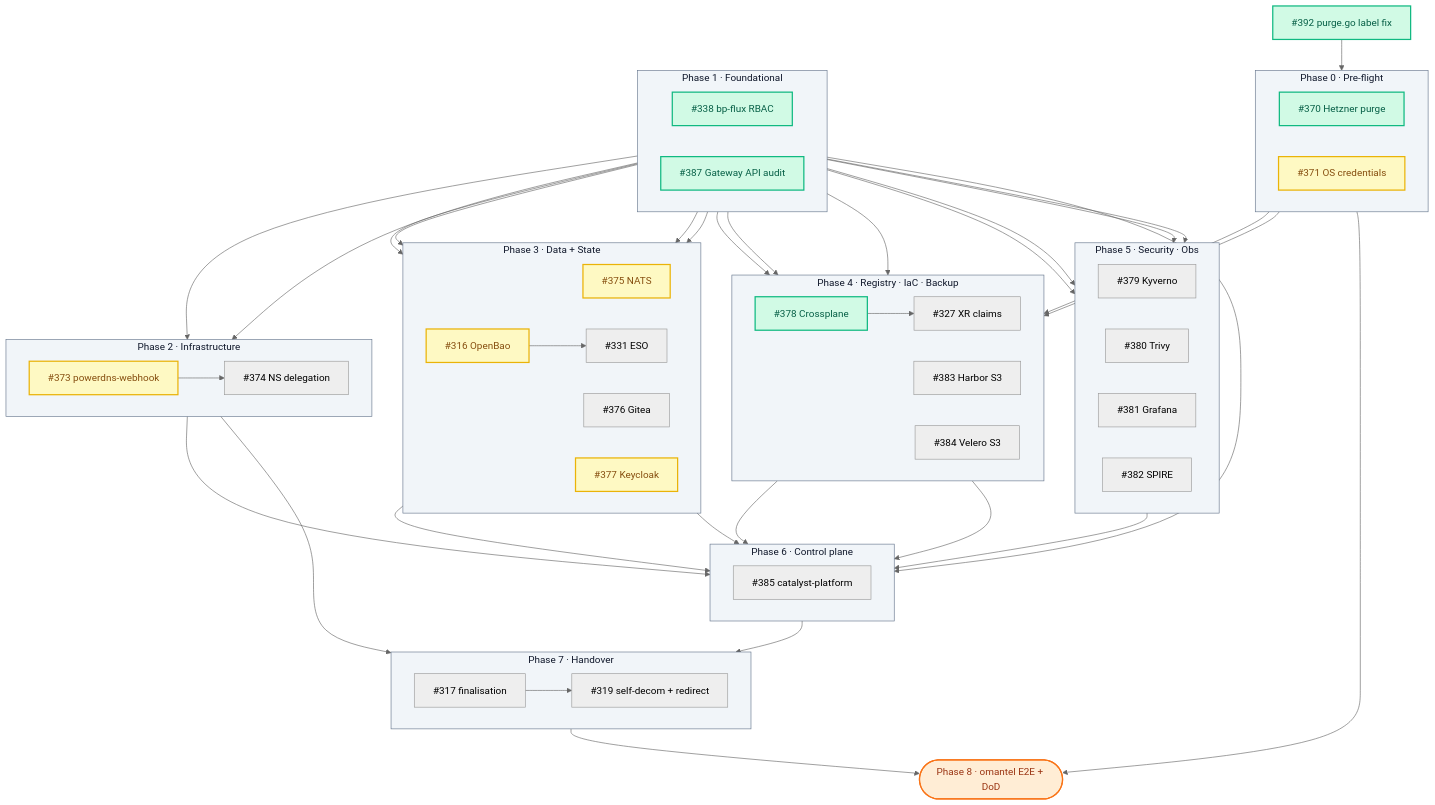
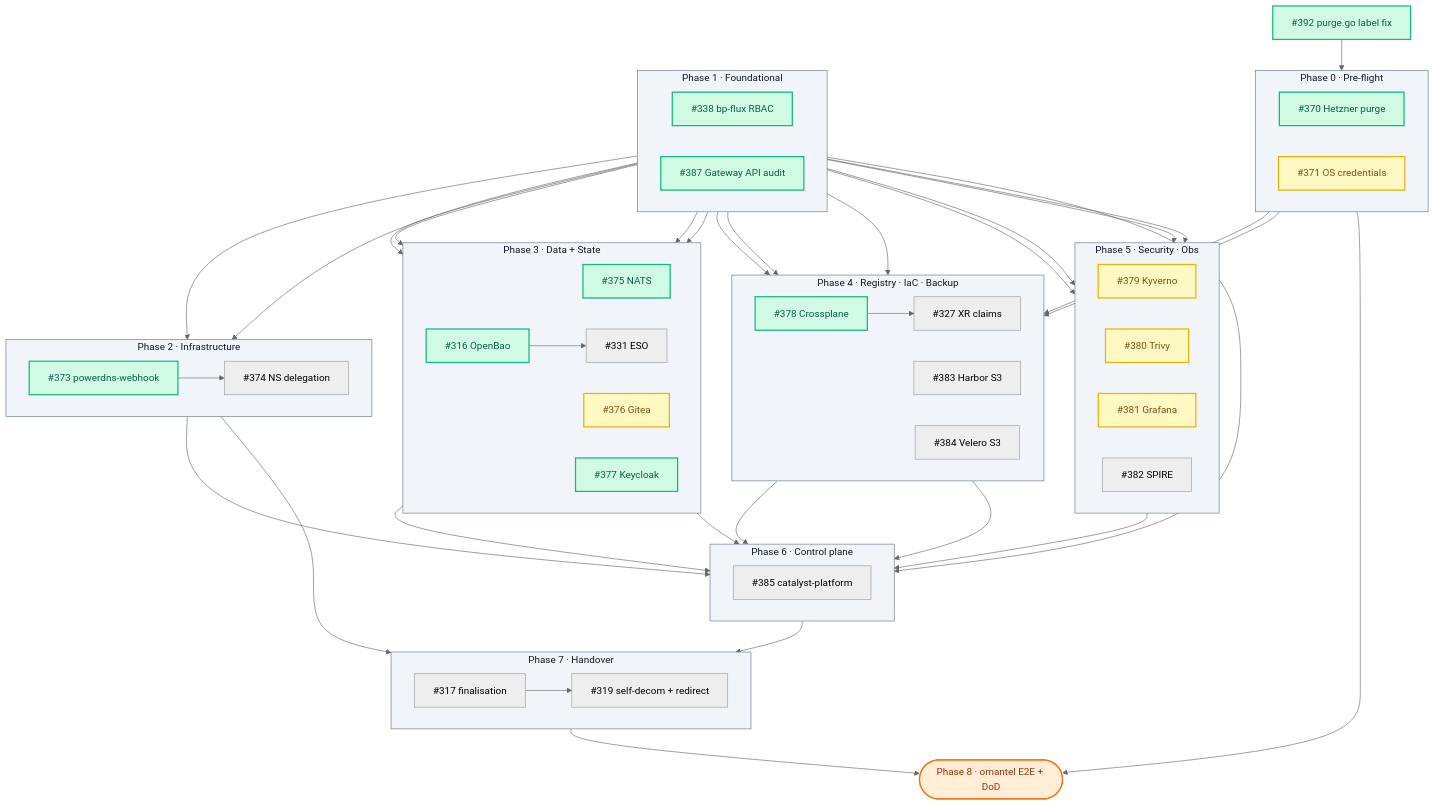
The diagram in docs/omantel-handover-wbs.md (openova-io/openova), drawn with Mermaid (neutral theme) before and after one commit.

Commit message:
docs(wbs): tick 6 — 9 done; #380 dispatched to maintain 5 parallel
Done (9): #316 #338 #370 #373 #375 #377 #378 #387 #392
In flight (5): #371 #376 #379 #380 #381

Bursty completion window — #316 #373 #375 #377 #378 all landed within ~10 min.
Sovereign-impact for chart-released/chart-verified items deferred to Phase 8.

```diff
--- a/docs/omantel-handover-wbs.md
+++ b/docs/omantel-handover-wbs.md
@@ -169,8 +169,8 @@
     T392 --> T370
 
     class PH0,PH1,PH2,PH3,PH4,PH5,PH6,PH7 phase
-    class T338,T370,T378,T387,T392 done
-    class T371,T373,T316,T375,T377 wip
+    class T316,T338,T370,T373,T375,T377,T378,T387,T392 done
+    class T371,T376,T379,T380,T381 wip
 
     %% Clickable ticket numbers — open the GitHub issue in a new tab
     click T316 "https://github.com/openova-io/openova/issues/316" "Open #316" _blank
```
